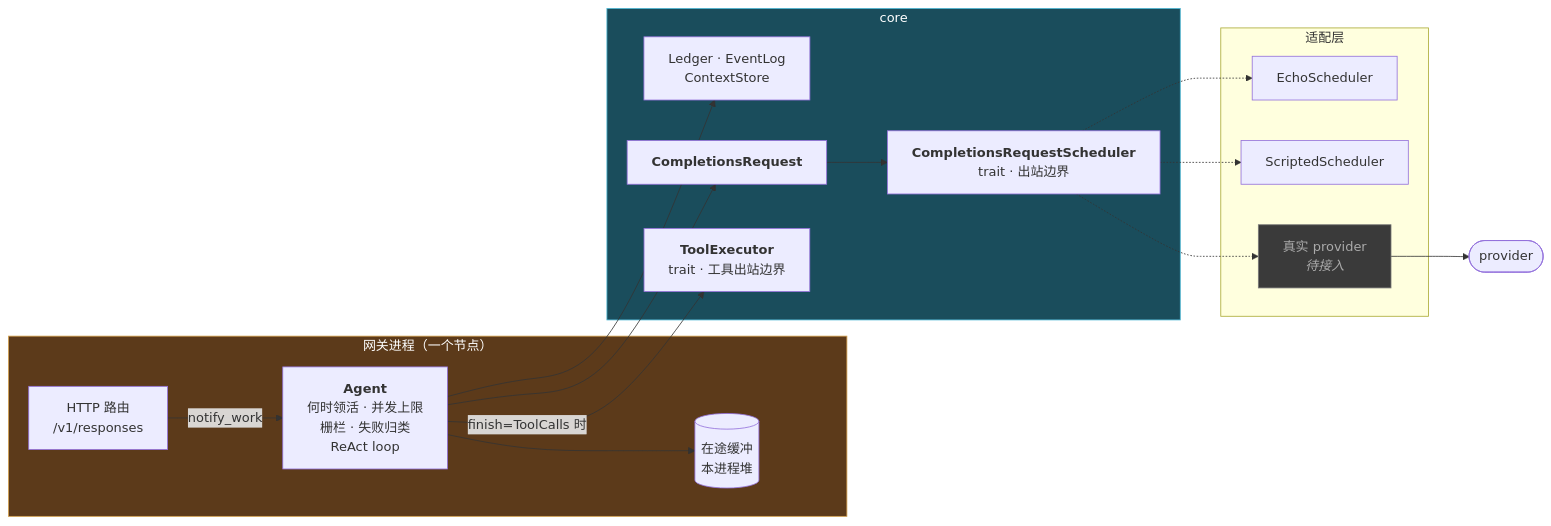
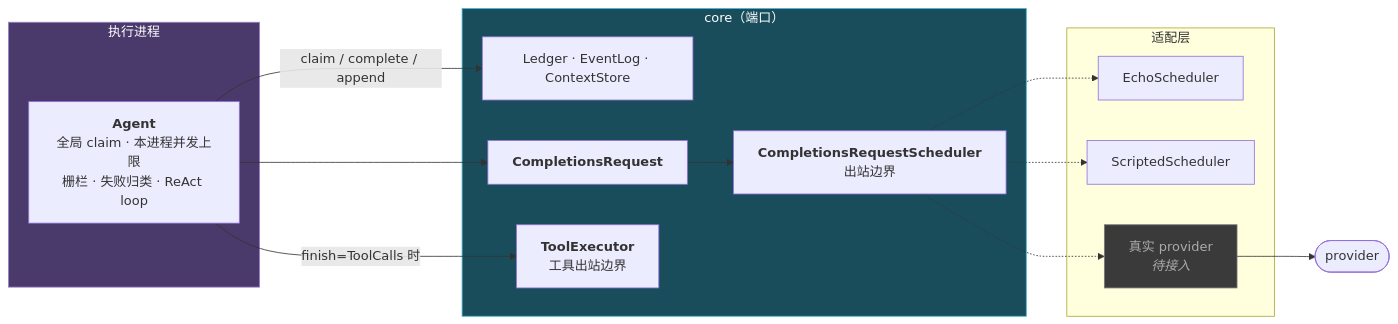
The eighth of 9 diagrams in docs/design/00-architecture-review.md (charleslyh/nova-chat), drawn with Mermaid before and after one commit. The commit also changed other lines of this file and 91 other files, not shown here.

````diff
--- a/docs/design/00-architecture-review.md
+++ b/docs/design/00-architecture-review.md
@@ -548,38 +572,34 @@
 ```mermaid
 graph LR
-    subgraph GWP["网关进程（一个节点）"]
-        HTTP["HTTP 路由<br/>/v1/responses"]
-        ENG["<b>Agent</b><br/>何时领活 · 并发上限<br/>栅栏 · 失败归类<br/>ReAct loop"]
-        BUF[("在途缓冲<br/>本进程堆")]
+    subgraph AG["执行进程"]
+        ENG["<b>Agent</b><br/>全局 claim · 本进程并发上限<br/>栅栏 · 失败归类 · ReAct loop"]
     end
 
-    subgraph CORE["core"]
-        PORTS["Ledger · EventLog<br/>ContextStore"]
+    subgraph CORE["core（端口）"]
+        PORTS["Ledger · EventLog · ContextStore"]
         REQ["<b>CompletionsRequest</b>"]
-        SCH["<b>CompletionsRequestScheduler</b><br/>trait · 出站边界"]
-        TOOL["<b>ToolExecutor</b><br/>trait · 工具出站边界"]
+        SCH["<b>CompletionsRequestScheduler</b><br/>出站边界"]
+        TOOL["<b>ToolExecutor</b><br/>工具出站边界"]
     end
 
     subgraph AD["适配层"]
         M1["EchoScheduler"]
         M2["ScriptedScheduler"]
         M3["真实 provider<br/><i>待接入</i>"]
     end
 
     P(["provider"])
 
-    HTTP -->|"notify_work"| ENG
-    ENG --> PORTS
-    ENG --> BUF
+    ENG -->|"claim / complete / append"| PORTS
     ENG --> REQ
     ENG -->|"finish=ToolCalls 时"| TOOL
     REQ --> SCH
     SCH -.-> M1
     SCH -.-> M2
     SCH -.-> M3
     M3 --> P
 
-    style GWP fill:#5c3a1a,stroke:#d4a04d,color:#fff
+    style AG fill:#4a3a6b,stroke:#9b7fc7,color:#fff
     style CORE fill:#1a4d5c,stroke:#4db8d4,color:#fff
     style M3 fill:#3a3a3a,stroke:#777,color:#aaa
 ```
````
